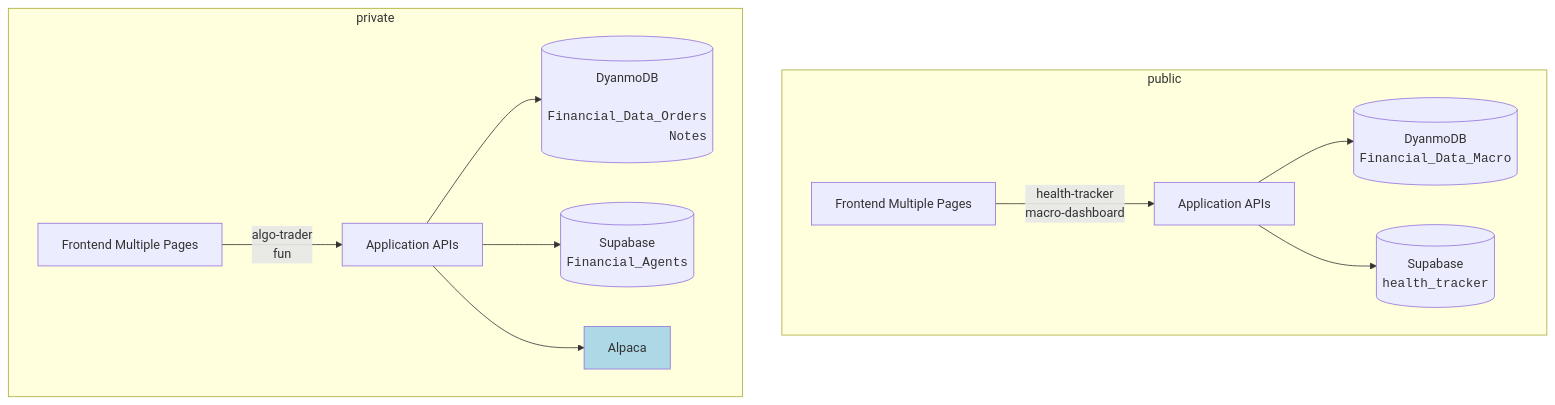
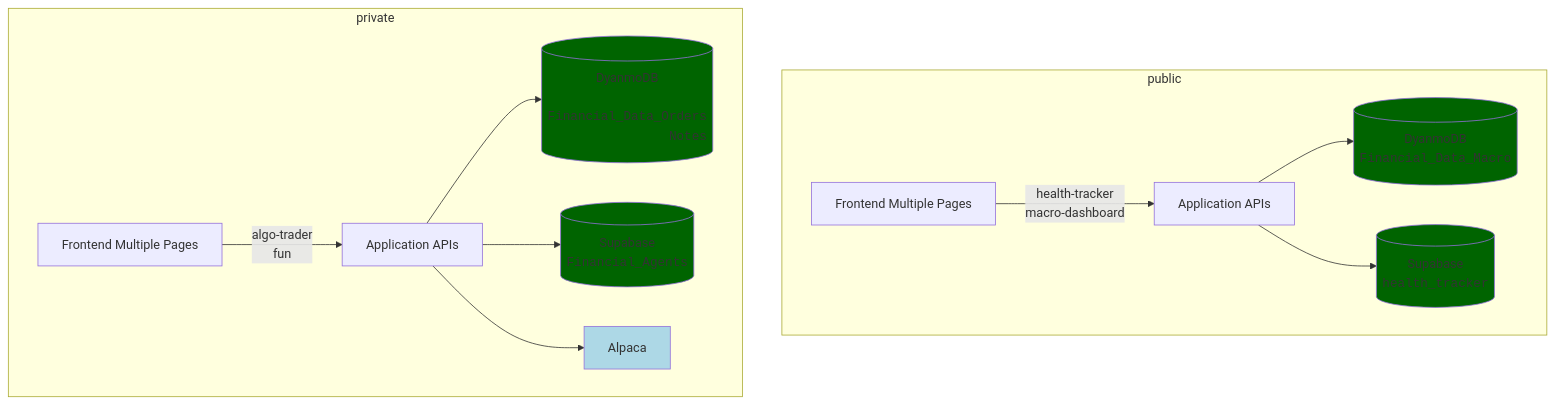
One commit to shawn-don-soneja/my-knowledge-base changed the second of 2 diagrams in src/site/notes/Projects/Projects Home.md. Above: the diagram before and after it, drawn with Mermaid.

Commit message:
Published multiple files

````diff
--- a/src/site/notes/Projects/Projects Home.md
+++ b/src/site/notes/Projects/Projects Home.md
@@ -44,25 +44,26 @@
 ```mermaid
 graph TD
 	subgraph "public"
 		A[Frontend Multiple Pages]
 		A -- "`health-tracker<br>macro-dashboard`" --> B
 		B[Application APIs]
 		B --> C[("`DyanmoDB
-		<code>Financial_Data_Macro</code>`")]
+		<code>Financial_Data_Macro</code>`")]:::hasCode
 		B --> D[("`Supabase
-		<code>health_tracker</code>`")]
+		<code>health_tracker</code>`")]:::hasCode
 	end
 	subgraph "private"
 		E[Frontend Multiple Pages]
 		F[Application APIs]
 		E -- "`algo-trader<br>fun`" --> F
 		F --> G[("`DyanmoDB
 		<code>Financial_Data_Orders
-		Notes</code>`")]
+		Notes</code>`")]:::hasCode
 		F --> H[("`Supabase
-		<code>Financial_Agents</code>`")]
+		<code>Financial_Agents</code>`")]:::hasCode
 		F --> I[Alpaca]:::other
 	end
 	
 	classDef other fill:lightblue
+	classDef hasCode fill:darkgreen
 ```
````
